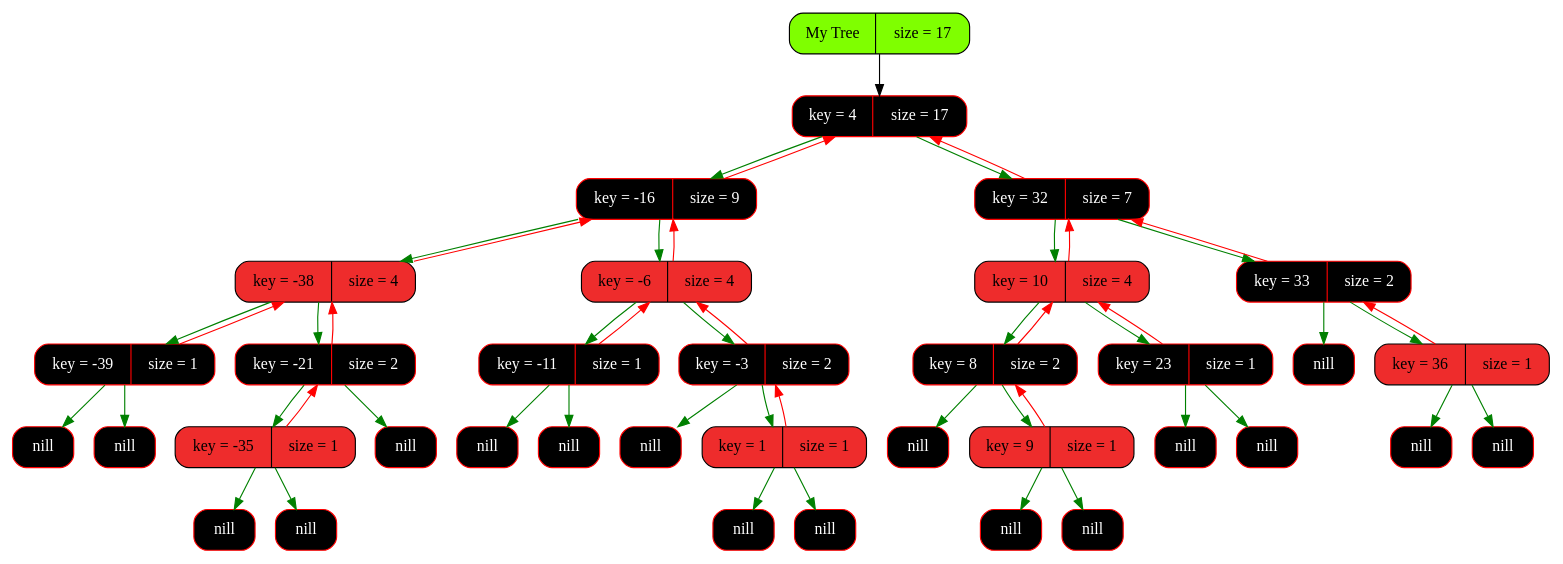
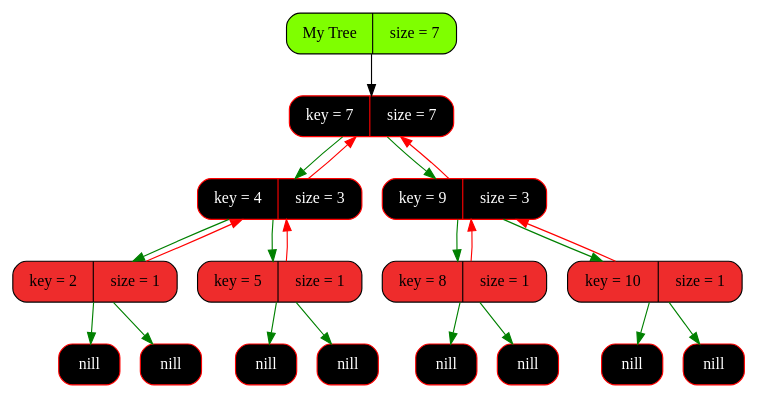
The diagram in graphics/graph.dot (Pelmeshka127/RedBlackTree), drawn with Graphviz before and after one commit. The commit also changed 6 other files, not shown here.

```diff
--- a/graphics/graph.dot
+++ b/graphics/graph.dot
@@ -1,93 +1,43 @@
 digraph Tree
 {
    rankdir = HR;
    node[fontsize=14];
    edge[color="black",fontcolor="blue",fontsize=12];
-   tree[shape = Mrecord, style = filled, fillcolor = "chartreuse1", label = "My Tree | size = 17"];
-   "0x11c606830"[shape = Mrecord, color = "red", style = filled, fontcolor = "white", fillcolor = "black",   label = " key = 4 | size = 17"];
-  "0x11c606830" -> "0x11c6069b0" [color = "green"];
-  "0x11c6069b0" -> "0x11c606830" [color = "red"];
-  "0x11c606830" -> "0x11c6068f0" [color = "green"];
-  "0x11c6068f0" -> "0x11c606830" [color = "red"];
-   "0x11c6069b0"[shape = Mrecord, color = "red", style = filled, fontcolor = "white", fillcolor = "black",   label = " key = -16 | size = 9"];
-  "0x11c6069b0" -> "0x11c606ab0" [color = "green"];
-  "0x11c606ab0" -> "0x11c6069b0" [color = "red"];
-  "0x11c6069b0" -> "0x11c606860" [color = "green"];
-  "0x11c606860" -> "0x11c6069b0" [color = "red"];
-   "0x11c606ab0"[shape = Mrecord, color = "black", style = filled, fontcolor = "black", fillcolor = "firebrick2",   label = " key = -38 | size = 4"];
-  "0x11c606ab0" -> "0x11c606920" [color = "green"];
-  "0x11c606920" -> "0x11c606ab0" [color = "red"];
-  "0x11c606ab0" -> "0x11c606a30" [color = "green"];
-  "0x11c606a30" -> "0x11c606ab0" [color = "red"];
-   "0x11c606920"[shape = Mrecord, color = "red", style = filled, fontcolor = "white", fillcolor = "black",   label = " key = -39 | size = 1"];
-   "0x11c606920left"[shape = Mrecord, color = "red", style = filled, fontcolor = "white", fillcolor = "black",   label = " <value> nill"];
-  "0x11c606920" -> "0x11c606920left" [color = "green"];
-   "0x11c606920right"[shape = Mrecord, color = "red", style = filled, fontcolor = "white", fillcolor = "black",   label = " <value> nill"];
-  "0x11c606920" -> "0x11c606920right" [color = "green"];
-   "0x11c606a30"[shape = Mrecord, color = "red", style = filled, fontcolor = "white", fillcolor = "black",   label = " key = -21 | size = 2"];
-  "0x11c606a30" -> "0x11c606b50" [color = "green"];
-  "0x11c606b50" -> "0x11c606a30" [color = "red"];
-   "0x11c606a30right"[shape = Mrecord, color = "red", style = filled, fontcolor = "white", fillcolor = "black",   label = " <value> nill"];
-  "0x11c606a30" -> "0x11c606a30right" [color = "green"];
-   "0x11c606b50"[shape = Mrecord, color = "black", style = filled, fontcolor = "black", fillcolor = "firebrick2",   label = " key = -35 | size = 1"];
-   "0x11c606b50left"[shape = Mrecord, color = "red", style = filled, fontcolor = "white", fillcolor = "black",   label = " <value> nill"];
-  "0x11c606b50" -> "0x11c606b50left" [color = "green"];
-   "0x11c606b50right"[shape = Mrecord, color = "red", style = filled, fontcolor = "white", fillcolor = "black",   label = " <value> nill"];
-  "0x11c606b50" -> "0x11c606b50right" [color = "green"];
-   "0x11c606860"[shape = Mrecord, color = "black", style = filled, fontcolor = "black", fillcolor = "firebrick2",   label = " key = -6 | size = 4"];
-  "0x11c606860" -> "0x11c606a80" [color = "green"];
-  "0x11c606a80" -> "0x11c606860" [color = "red"];
-  "0x11c606860" -> "0x11c6069f0" [color = "green"];
-  "0x11c6069f0" -> "0x11c606860" [color = "red"];
-   "0x11c606a80"[shape = Mrecord, color = "red", style = filled, fontcolor = "white", fillcolor = "black",   label = " key = -11 | size = 1"];
-   "0x11c606a80left"[shape = Mrecord, color = "red", style = filled, fontcolor = "white", fillcolor = "black",   label = " <value> nill"];
-  "0x11c606a80" -> "0x11c606a80left" [color = "green"];
-   "0x11c606a80right"[shape = Mrecord, color = "red", style = filled, fontcolor = "white", fillcolor = "black",   label = " <value> nill"];
-  "0x11c606a80" -> "0x11c606a80right" [color = "green"];
-   "0x11c6069f0"[shape = Mrecord, color = "red", style = filled, fontcolor = "white", fillcolor = "black",   label = " key = -3 | size = 2"];
-   "0x11c6069f0left"[shape = Mrecord, color = "red", style = filled, fontcolor = "white", fillcolor = "black",   label = " <value> nill"];
-  "0x11c6069f0" -> "0x11c6069f0left" [color = "green"];
-  "0x11c6069f0" -> "0x11c606b20" [color = "green"];
-  "0x11c606b20" -> "0x11c6069f0" [color = "red"];
-   "0x11c606b20"[shape = Mrecord, color = "black", style = filled, fontcolor = "black", fillcolor = "firebrick2",   label = " key = 1 | size = 1"];
-   "0x11c606b20left"[shape = Mrecord, color = "red", style = filled, fontcolor = "white", fillcolor = "black",   label = " <value> nill"];
-  "0x11c606b20" -> "0x11c606b20left" [color = "green"];
-   "0x11c606b20right"[shape = Mrecord, color = "red", style = filled, fontcolor = "white", fillcolor = "black",   label = " <value> nill"];
-  "0x11c606b20" -> "0x11c606b20right" [color = "green"];
-   "0x11c6068f0"[shape = Mrecord, color = "red", style = filled, fontcolor = "white", fillcolor = "black",   label = " key = 32 | size = 7"];
-  "0x11c6068f0" -> "0x11c6068c0" [color = "green"];
-  "0x11c6068c0" -> "0x11c6068f0" [color = "red"];
-  "0x11c6068f0" -> "0x11c606890" [color = "green"];
-  "0x11c606890" -> "0x11c6068f0" [color = "red"];
-   "0x11c6068c0"[shape = Mrecord, color = "black", style = filled, fontcolor = "black", fillcolor = "firebrick2",   label = " key = 10 | size = 4"];
-  "0x11c6068c0" -> "0x11c606980" [color = "green"];
-  "0x11c606980" -> "0x11c6068c0" [color = "red"];
-  "0x11c6068c0" -> "0x11c606950" [color = "green"];
-  "0x11c606950" -> "0x11c6068c0" [color = "red"];
-   "0x11c606980"[shape = Mrecord, color = "red", style = filled, fontcolor = "white", fillcolor = "black",   label = " key = 8 | size = 2"];
-   "0x11c606980left"[shape = Mrecord, color = "red", style = filled, fontcolor = "white", fillcolor = "black",   label = " <value> nill"];
-  "0x11c606980" -> "0x11c606980left" [color = "green"];
-  "0x11c606980" -> "0x11c606c30" [color = "green"];
-  "0x11c606c30" -> "0x11c606980" [color = "red"];
-   "0x11c606c30"[shape = Mrecord, color = "black", style = filled, fontcolor = "black", fillcolor = "firebrick2",   label = " key = 9 | size = 1"];
-   "0x11c606c30left"[shape = Mrecord, color = "red", style = filled, fontcolor = "white", fillcolor = "black",   label = " <value> nill"];
-  "0x11c606c30" -> "0x11c606c30left" [color = "green"];
-   "0x11c606c30right"[shape = Mrecord, color = "red", style = filled, fontcolor = "white", fillcolor = "black",   label = " <value> nill"];
-  "0x11c606c30" -> "0x11c606c30right" [color = "green"];
-   "0x11c606950"[shape = Mrecord, color = "red", style = filled, fontcolor = "white", fillcolor = "black",   label = " key = 23 | size = 1"];
-   "0x11c606950left"[shape = Mrecord, color = "red", style = filled, fontcolor = "white", fillcolor = "black",   label = " <value> nill"];
-  "0x11c606950" -> "0x11c606950left" [color = "green"];
-   "0x11c606950right"[shape = Mrecord, color = "red", style = filled, fontcolor = "white", fillcolor = "black",   label = " <value> nill"];
-  "0x11c606950" -> "0x11c606950right" [color = "green"];
-   "0x11c606890"[shape = Mrecord, color = "red", style = filled, fontcolor = "white", fillcolor = "black",   label = " key = 33 | size = 2"];
-   "0x11c606890left"[shape = Mrecord, color = "red", style = filled, fontcolor = "white", fillcolor = "black",   label = " <value> nill"];
-  "0x11c606890" -> "0x11c606890left" [color = "green"];
-  "0x11c606890" -> "0x11c606b80" [color = "green"];
-  "0x11c606b80" -> "0x11c606890" [color = "red"];
-   "0x11c606b80"[shape = Mrecord, color = "black", style = filled, fontcolor = "black", fillcolor = "firebrick2",   label = " key = 36 | size = 1"];
-   "0x11c606b80left"[shape = Mrecord, color = "red", style = filled, fontcolor = "white", fillcolor = "black",   label = " <value> nill"];
-  "0x11c606b80" -> "0x11c606b80left" [color = "green"];
-   "0x11c606b80right"[shape = Mrecord, color = "red", style = filled, fontcolor = "white", fillcolor = "black",   label = " <value> nill"];
-  "0x11c606b80" -> "0x11c606b80right" [color = "green"];
-   tree -> "0x11c606830" [color = "gray0"];
+   tree[shape = Mrecord, style = filled, fillcolor = "chartreuse1", label = "My Tree | size = 7"];
+   "0x14c6068b0"[shape = Mrecord, color = "red", style = filled, fontcolor = "white", fillcolor = "black",   label = " key = 7 | size = 7"];
+  "0x14c6068b0" -> "0x14c606930" [color = "green"];
+  "0x14c606930" -> "0x14c6068b0" [color = "red"];
+  "0x14c6068b0" -> "0x14c606830" [color = "green"];
+  "0x14c606830" -> "0x14c6068b0" [color = "red"];
+   "0x14c606930"[shape = Mrecord, color = "red", style = filled, fontcolor = "white", fillcolor = "black",   label = " key = 4 | size = 3"];
+  "0x14c606930" -> "0x14c606960" [color = "green"];
+  "0x14c606960" -> "0x14c606930" [color = "red"];
+  "0x14c606930" -> "0x14c606880" [color = "green"];
+  "0x14c606880" -> "0x14c606930" [color = "red"];
+   "0x14c606960"[shape = Mrecord, color = "black", style = filled, fontcolor = "black", fillcolor = "firebrick2",   label = " key = 2 | size = 1"];
+   "0x14c606960left"[shape = Mrecord, color = "red", style = filled, fontcolor = "white", fillcolor = "black",   label = " <value> nill"];
+  "0x14c606960" -> "0x14c606960left" [color = "green"];
+   "0x14c606960right"[shape = Mrecord, color = "red", style = filled, fontcolor = "white", fillcolor = "black",   label = " <value> nill"];
+  "0x14c606960" -> "0x14c606960right" [color = "green"];
+   "0x14c606880"[shape = Mrecord, color = "black", style = filled, fontcolor = "black", fillcolor = "firebrick2",   label = " key = 5 | size = 1"];
+   "0x14c606880left"[shape = Mrecord, color = "red", style = filled, fontcolor = "white", fillcolor = "black",   label = " <value> nill"];
+  "0x14c606880" -> "0x14c606880left" [color = "green"];
+   "0x14c606880right"[shape = Mrecord, color = "red", style = filled, fontcolor = "white", fillcolor = "black",   label = " <value> nill"];
+  "0x14c606880" -> "0x14c606880right" [color = "green"];
+   "0x14c606830"[shape = Mrecord, color = "red", style = filled, fontcolor = "white", fillcolor = "black",   label = " key = 9 | size = 3"];
+  "0x14c606830" -> "0x14c606990" [color = "green"];
+  "0x14c606990" -> "0x14c606830" [color = "red"];
+  "0x14c606830" -> "0x14c6068e0" [color = "green"];
+  "0x14c6068e0" -> "0x14c606830" [color = "red"];
+   "0x14c606990"[shape = Mrecord, color = "black", style = filled, fontcolor = "black", fillcolor = "firebrick2",   label = " key = 8 | size = 1"];
+   "0x14c606990left"[shape = Mrecord, color = "red", style = filled, fontcolor = "white", fillcolor = "black",   label = " <value> nill"];
+  "0x14c606990" -> "0x14c606990left" [color = "green"];
+   "0x14c606990right"[shape = Mrecord, color = "red", style = filled, fontcolor = "white", fillcolor = "black",   label = " <value> nill"];
+  "0x14c606990" -> "0x14c606990right" [color = "green"];
+   "0x14c6068e0"[shape = Mrecord, color = "black", style = filled, fontcolor = "black", fillcolor = "firebrick2",   label = " key = 10 | size = 1"];
+   "0x14c6068e0left"[shape = Mrecord, color = "red", style = filled, fontcolor = "white", fillcolor = "black",   label = " <value> nill"];
+  "0x14c6068e0" -> "0x14c6068e0left" [color = "green"];
+   "0x14c6068e0right"[shape = Mrecord, color = "red", style = filled, fontcolor = "white", fillcolor = "black",   label = " <value> nill"];
+  "0x14c6068e0" -> "0x14c6068e0right" [color = "green"];
+   tree -> "0x14c6068b0" [color = "gray0"];
 }
```
